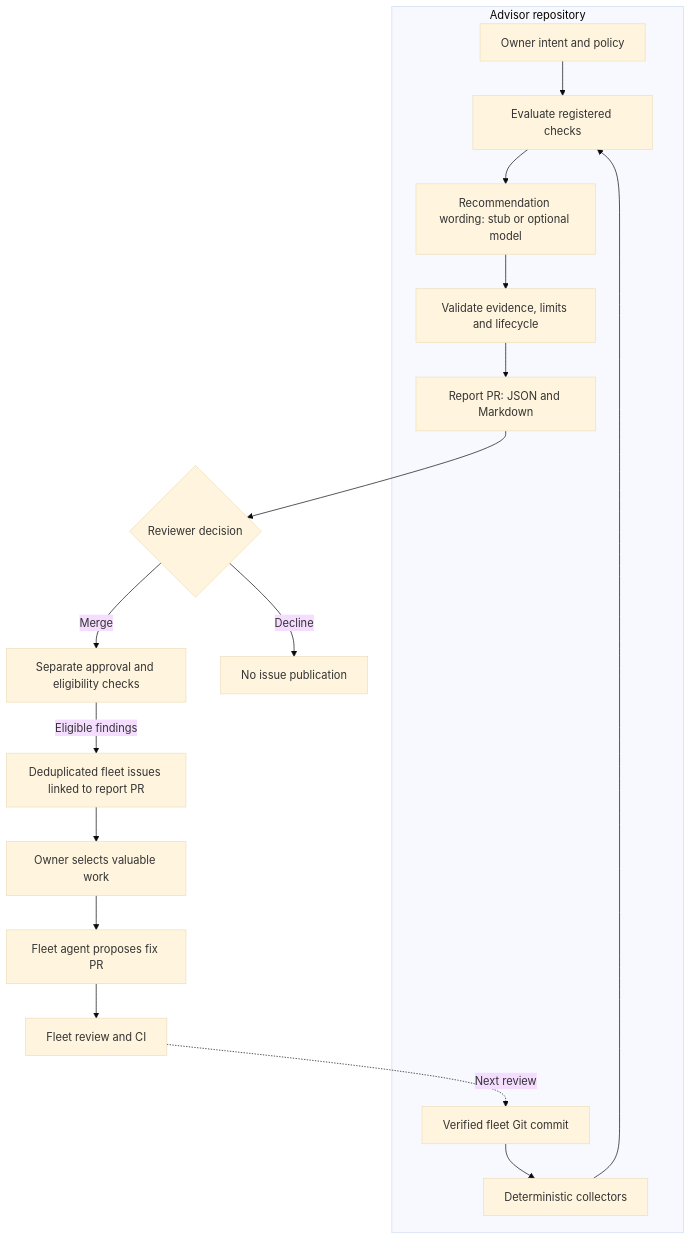
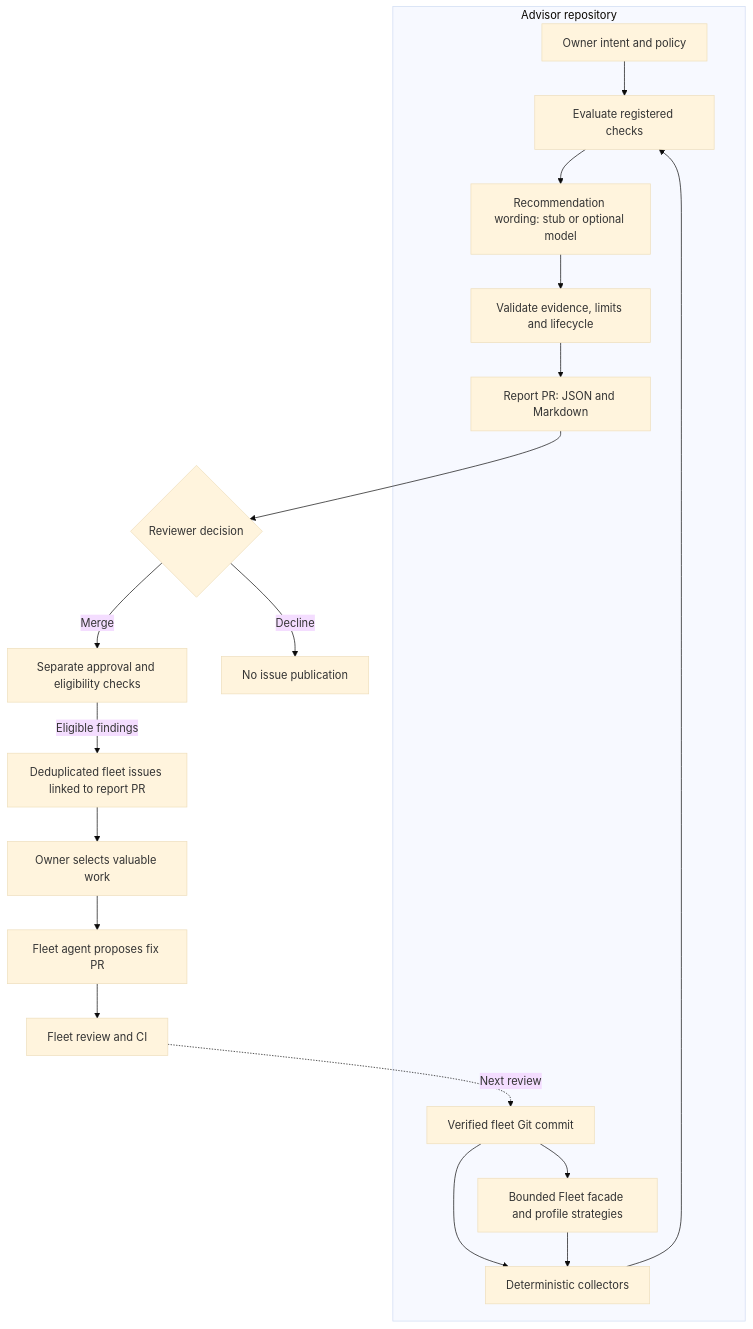
Before and after one commit to ImranAdan/infra-fleet-advisor-public: the diagram in README.md, drawn with Mermaid (base theme). The commit also changed other lines of this file and 12 other files, not shown here.

````diff
--- a/README.md
+++ b/README.md
@@ -11,19 +11,21 @@
 ```mermaid
 flowchart TD
     subgraph Advisor[Advisor repository]
         I[Owner intent and policy] --> E[Evaluate registered checks]
         S[Verified fleet Git commit] --> C[Deterministic collectors]
+        S --> L[Bounded Fleet facade and profile strategies]
+        L --> C
         C --> E
         E --> W[Recommendation wording: stub or optional model]
         W --> V[Validate evidence, limits and lifecycle]
         V --> R[Report PR: JSON and Markdown]
     end
     R --> A{Reviewer decision}
     A -->|Decline| N[No issue publication]
     A -->|Merge| P[Separate approval and eligibility checks]
     P -->|Eligible findings| F[Deduplicated fleet issues linked to report PR]
     F --> H[Owner selects valuable work]
     H --> X[Fleet agent proposes fix PR]
     X --> T[Fleet review and CI]
     T -. Next review .-> S
 ```
````
